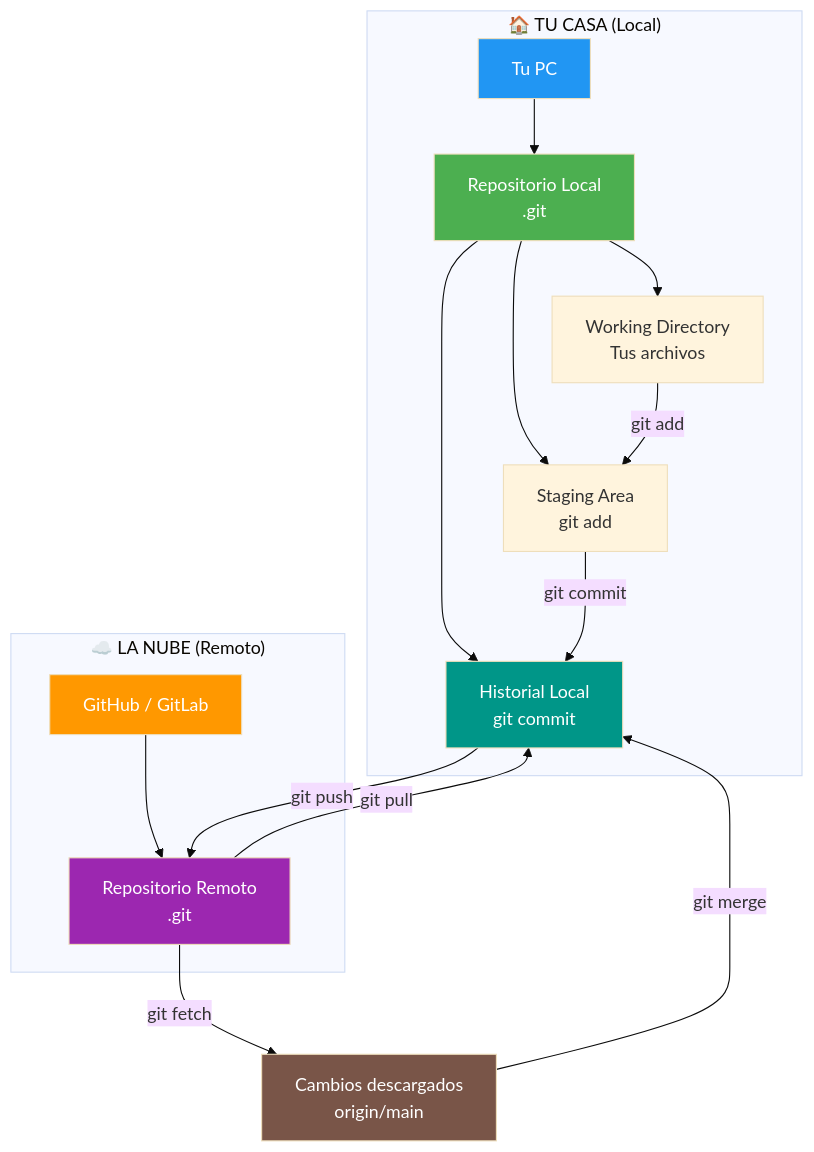
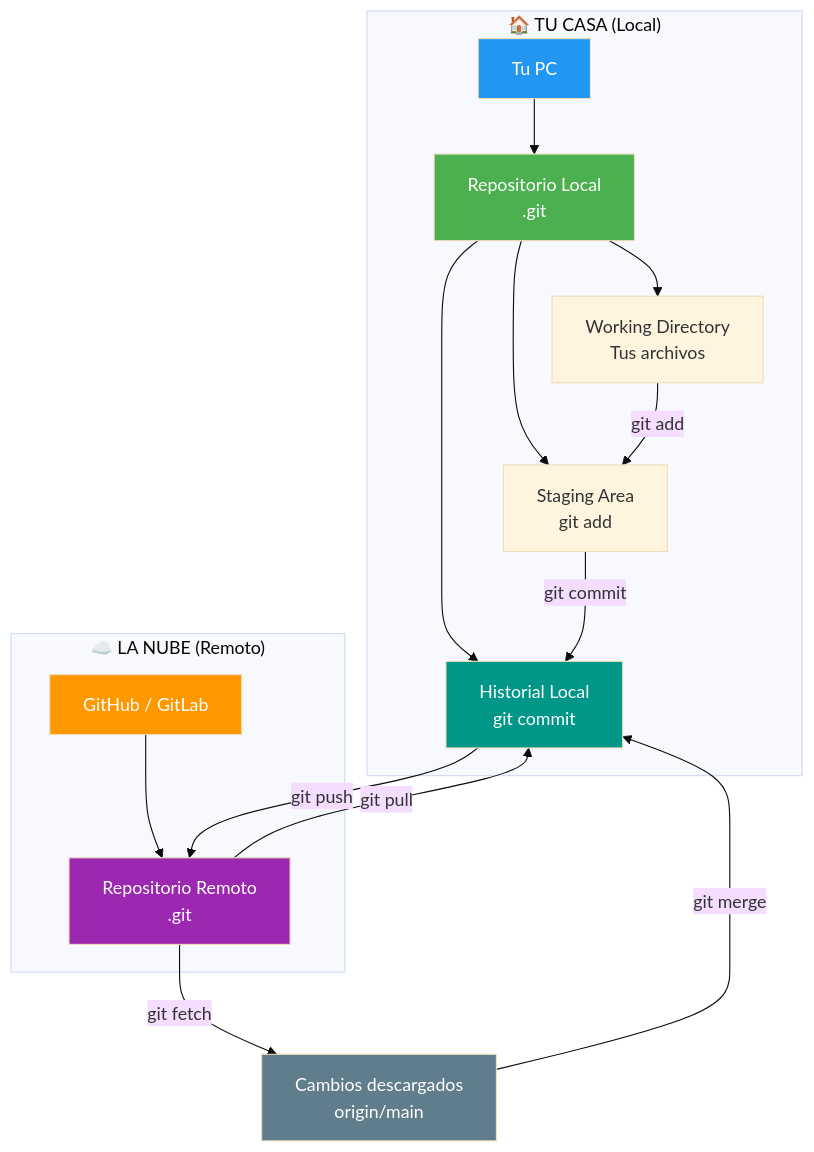
The first of 15 diagrams in 03-git-remoto.md (joseluisgs/EntornosDesarrollo-03-2026-2027), drawn with Mermaid (base theme) before and after one commit. The commit also changed other lines of this file and 6 other files, not shown here.

````diff
--- a/03-git-remoto.md
+++ b/03-git-remoto.md
@@ -96,27 +95,27 @@
 ```mermaid
 graph TD
     subgraph "🏠 TU CASA (Local)"
         A[Tu PC] --> B[Repositorio Local<br/>.git]
         B --> C[Working Directory<br/>Tus archivos]
         B --> D[Staging Area<br/>git add]
         B --> E[Historial Local<br/>git commit]
     end
 
     subgraph "☁️ LA NUBE (Remoto)"
         F[GitHub / GitLab] --> G[Repositorio Remoto<br/>.git]
     end
 
     C -->|git add| D
     D -->|git commit| E
     E -->|git push| G
     G -->|git fetch| H[Cambios descargados<br/>origin/main]
     G -->|git pull| E
     H -->|git merge| E
 
     style A fill:#2196F3,color:#fff
     style B fill:#4CAF50,color:#fff
     style F fill:#FF9800,color:#fff
     style G fill:#9C27B0,color:#fff
     style E fill:#009688,color:#fff
-    style H fill:#795548,color:#fff
+    style H fill:#607D8B,color:#fff
 ```
````
